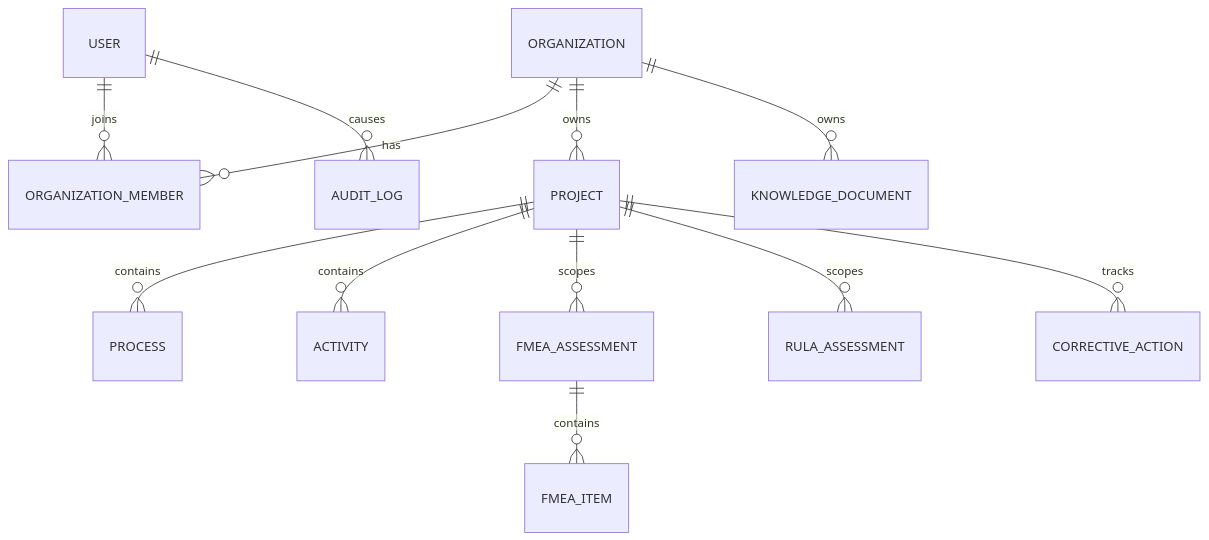
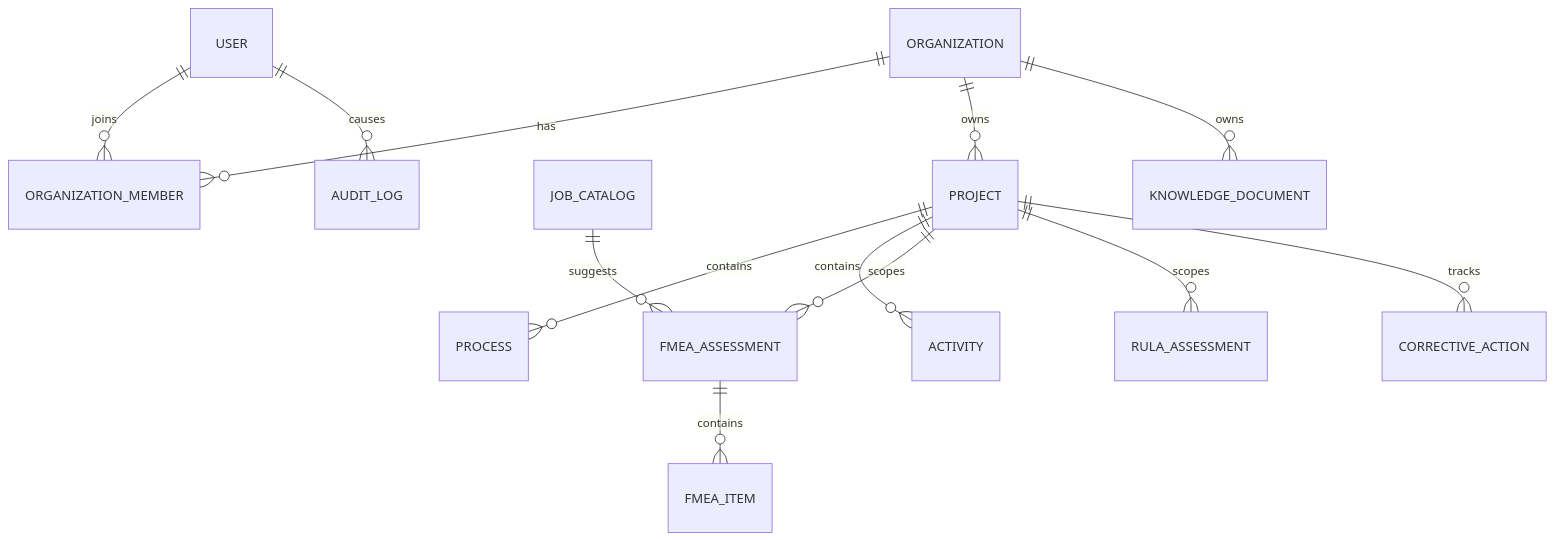
The diagram in docs/database.md (Barmana-Own/NIVASafe), drawn with Mermaid before and after one commit. The commit also changed other lines of this file and 138 other files, not shown here.

````diff
--- a/docs/database.md
+++ b/docs/database.md
@@ -17,14 +29,15 @@
 ```mermaid
 erDiagram
  USER ||--o{ ORGANIZATION_MEMBER : joins
  ORGANIZATION ||--o{ ORGANIZATION_MEMBER : has
  ORGANIZATION ||--o{ PROJECT : owns
  PROJECT ||--o{ PROCESS : contains
  PROJECT ||--o{ ACTIVITY : contains
  PROJECT ||--o{ FMEA_ASSESSMENT : scopes
+ JOB_CATALOG ||--o{ FMEA_ASSESSMENT : suggests
  FMEA_ASSESSMENT ||--o{ FMEA_ITEM : contains
  PROJECT ||--o{ RULA_ASSESSMENT : scopes
  PROJECT ||--o{ CORRECTIVE_ACTION : tracks
  ORGANIZATION ||--o{ KNOWLEDGE_DOCUMENT : owns
  USER ||--o{ AUDIT_LOG : causes
 ```
````
